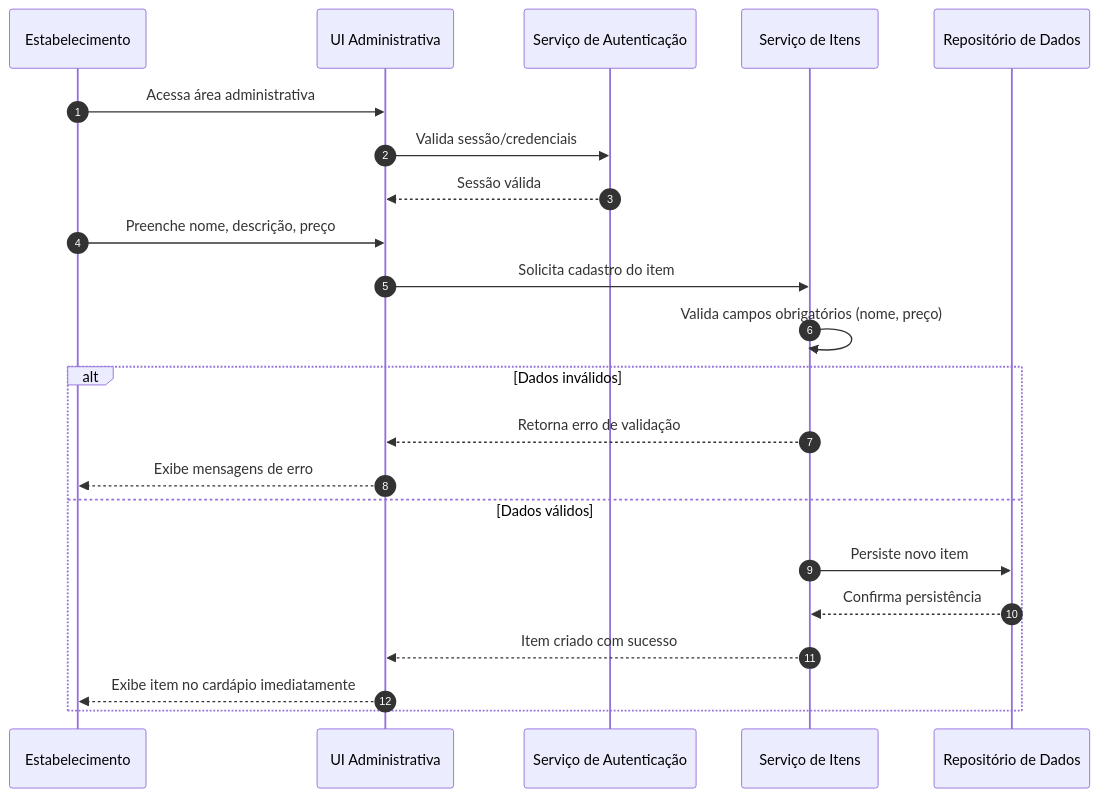
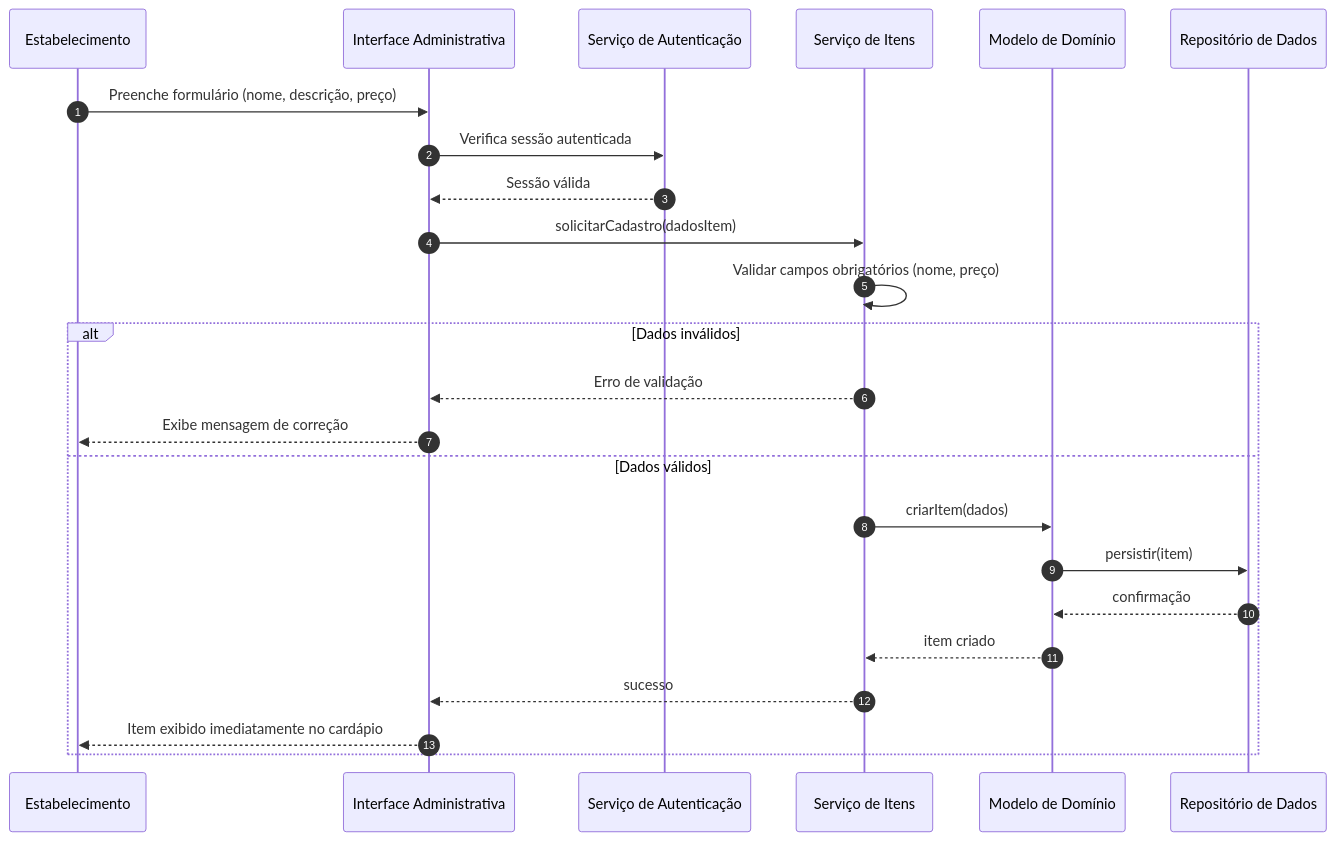
Before and after one commit to PDC-ESIA/AI4ES: the second of 4 diagrams in docs/Time_2_Design/analise-qualitativa/outputs/relatorio_claude_opus_4_8_P01.md, drawn with Mermaid. The commit also changed other lines of this file and 107 other files, not shown here.

````diff
--- a/docs/Time_2_Design/analise-qualitativa/outputs/relatorio_claude_opus_4_8_P01.md
+++ b/docs/Time_2_Design/analise-qualitativa/outputs/relatorio_claude_opus_4_8_P01.md
@@ -75,25 +69,27 @@
 ```mermaid
 sequenceDiagram
     autonumber
-    participant Admin as Estabelecimento
-    participant AUI as UI Administrativa
-    participant Auth as Serviço de Autenticação
-    participant Item as Serviço de Itens
-    participant Repo as Repositório de Dados
+    participant EST as Estabelecimento
+    participant UIA as Interface Administrativa
+    participant AUTH as Serviço de Autenticação
+    participant ITEM as Serviço de Itens
+    participant DM as Modelo de Domínio
+    participant REP as Repositório de Dados
 
-    Admin->>AUI: Acessa área administrativa
-    AUI->>Auth: Valida sessão/credenciais
-    Auth-->>AUI: Sessão válida
-    Admin->>AUI: Preenche nome, descrição, preço
-    AUI->>Item: Solicita cadastro do item
-    Item->>Item: Valida campos obrigatórios (nome, preço)
+    EST->>UIA: Preenche formulário (nome, descrição, preço)
+    UIA->>AUTH: Verifica sessão autenticada
+    AUTH-->>UIA: Sessão válida
+    UIA->>ITEM: solicitarCadastro(dadosItem)
+    ITEM->>ITEM: Validar campos obrigatórios (nome, preço)
     alt Dados inválidos
-        Item-->>AUI: Retorna erro de validação
-        AUI-->>Admin: Exibe mensagens de erro
+        ITEM-->>UIA: Erro de validação
+        UIA-->>EST: Exibe mensagem de correção
     else Dados válidos
-        Item->>Repo: Persiste novo item
-        Repo-->>Item: Confirma persistência
-        Item-->>AUI: Item criado com sucesso
-        AUI-->>Admin: Exibe item no cardápio imediatamente
+        ITEM->>DM: criarItem(dados)
+        DM->>REP: persistir(item)
+        REP-->>DM: confirmação
+        DM-->>ITEM: item criado
+        ITEM-->>UIA: sucesso
+        UIA-->>EST: Item exibido imediatamente no cardápio
     end
 ```
````
